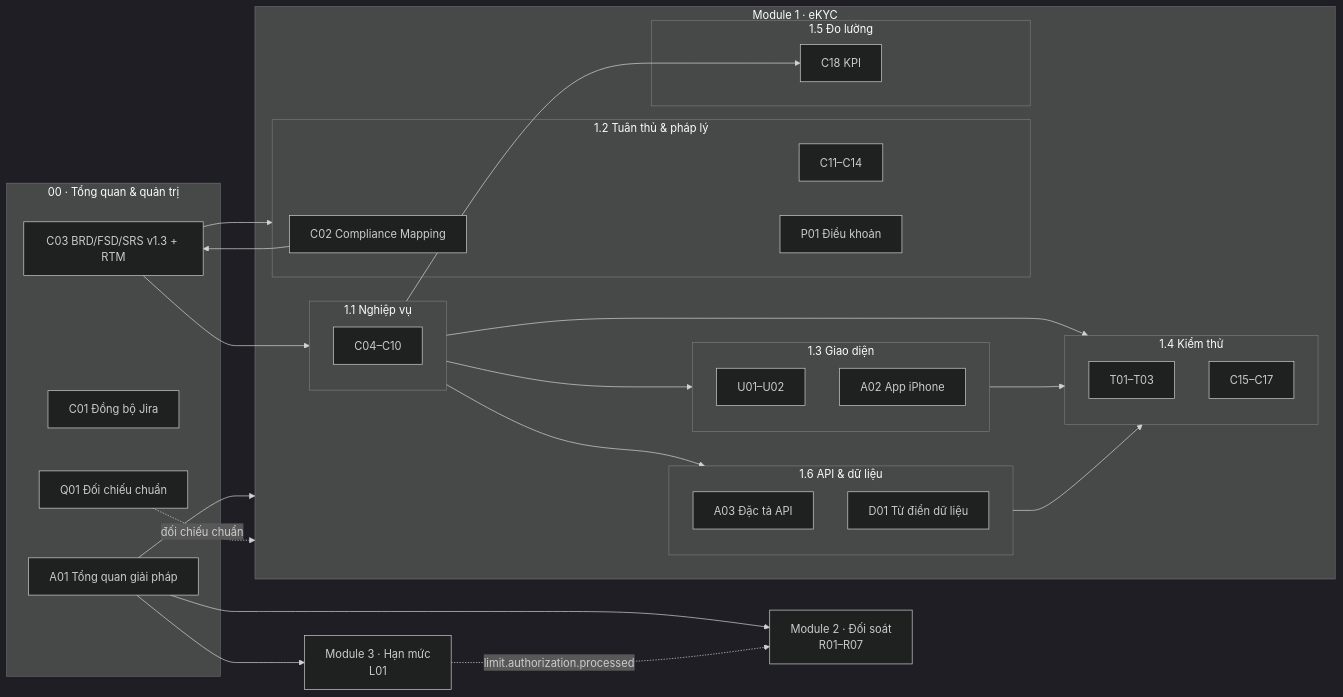
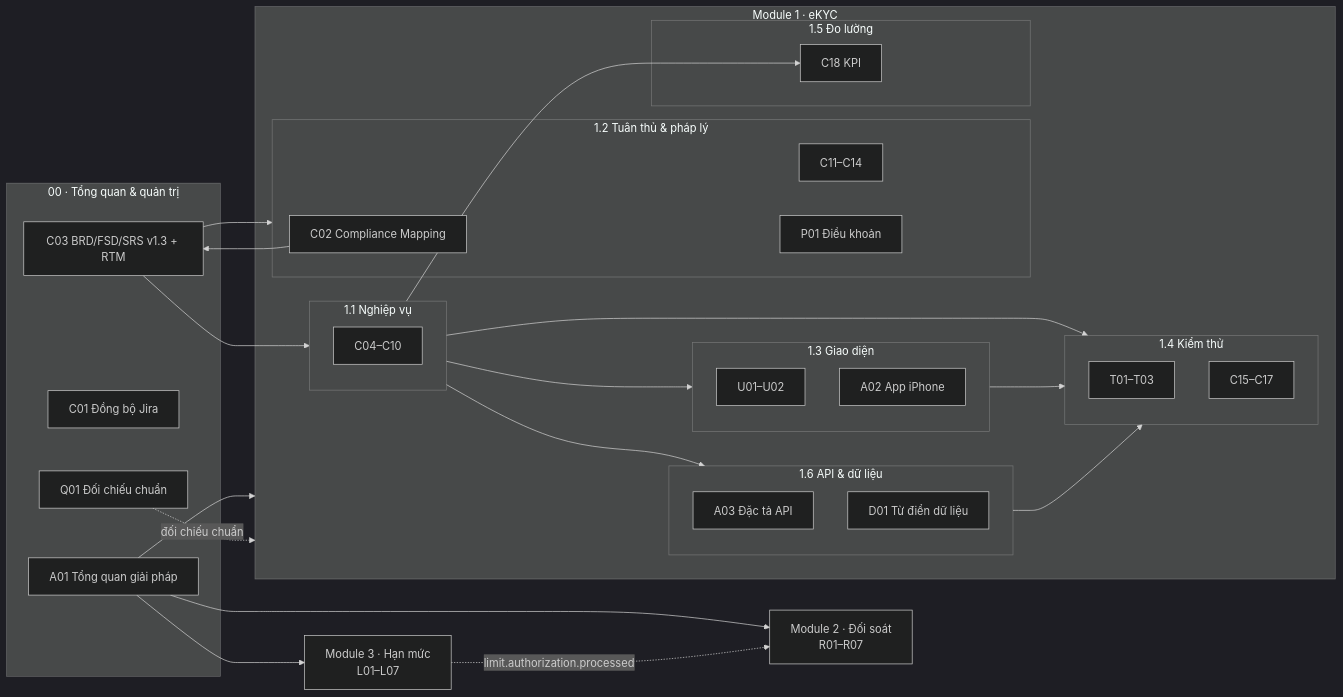
Before and after one commit to handao2303/aegis-ekyc-ui: the diagram in docs/README.md, drawn with Mermaid (dark theme). The commit also changed other lines of this file and 27 other files, not shown here.

````diff
--- a/docs/README.md
+++ b/docs/README.md
@@ -30,51 +30,51 @@
 ```mermaid
 flowchart LR
     subgraph O["00 · Tổng quan & quản trị"]
         A01["A01 Tổng quan giải pháp"]
         C01["C01 Đồng bộ Jira"]
         C03["C03 BRD/FSD/SRS v1.3 + RTM"]
         Q01["Q01 Đối chiếu chuẩn"]
     end
     subgraph M1["Module 1 · eKYC"]
         subgraph B["1.1 Nghiệp vụ"]
             C0410["C04–C10"]
         end
         subgraph P["1.2 Tuân thủ & pháp lý"]
             C02["C02 Compliance Mapping"]
             C1114["C11–C14"]
             P01["P01 Điều khoản"]
         end
         subgraph U["1.3 Giao diện"]
             U0102["U01–U02"]
             A02["A02 App iPhone"]
         end
         subgraph T["1.4 Kiểm thử"]
             T0103["T01–T03"]
             C1517["C15–C17"]
         end
         subgraph K["1.5 Đo lường"]
             C18["C18 KPI"]
         end
         subgraph D["1.6 API & dữ liệu"]
             A03["A03 Đặc tả API"]
             D01["D01 Từ điển dữ liệu"]
         end
     end
     R01["Module 2 · Đối soát<br/>R01–R07"]
-    L01["Module 3 · Hạn mức<br/>L01"]
+    L01["Module 3 · Hạn mức<br/>L01–L07"]
     C02 --> C03
     C03 --> B
     C03 --> P
     B --> U
     P --> P01
     B --> T
     U --> T
     B --> C18
     B --> D
     D --> T
     A01 --> M1
     Q01 -. "đối chiếu chuẩn" .-> M1
     A01 --> R01
     A01 --> L01
     L01 -. "limit.authorization.processed" .-> R01
 ```
````
